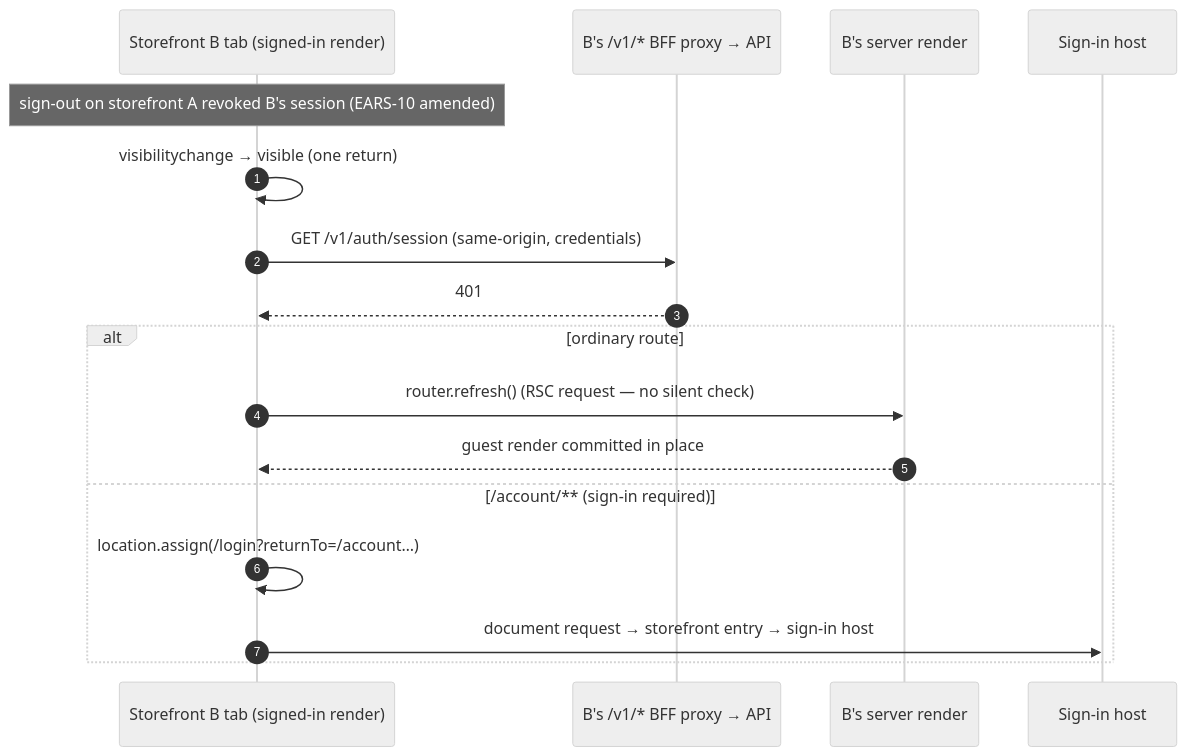
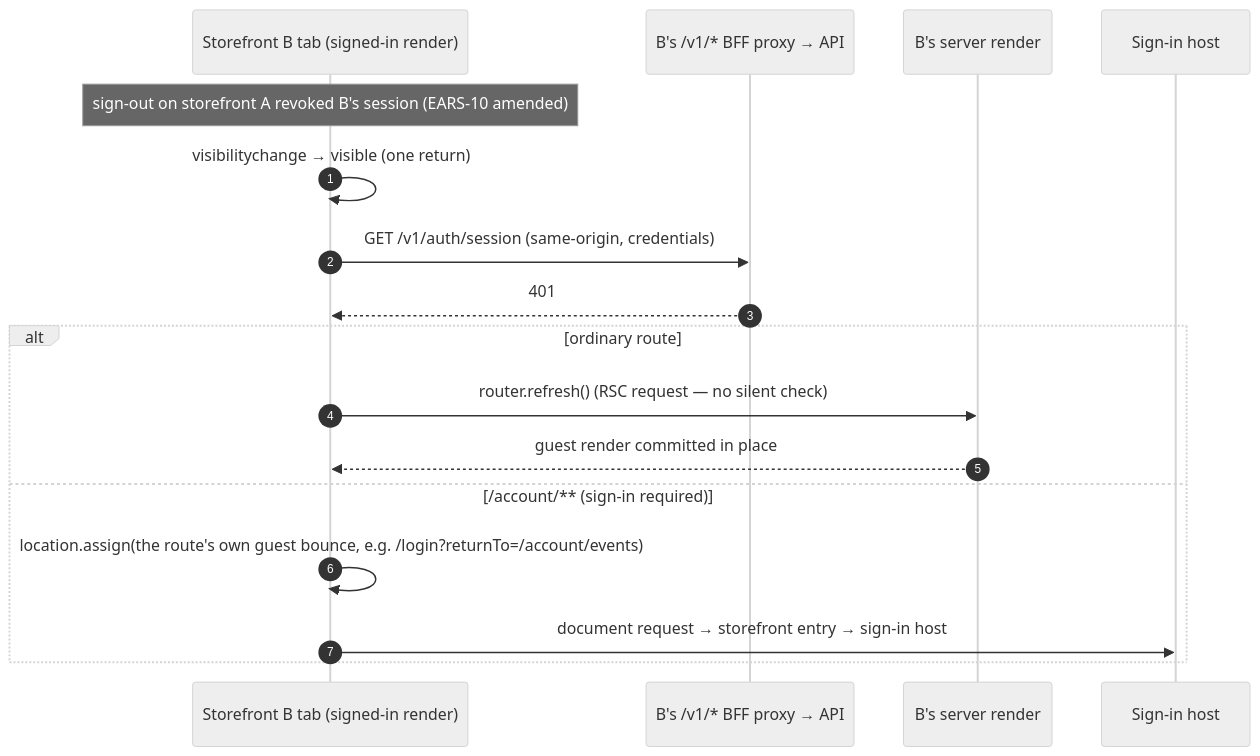
The eighth of 13 diagrams in apps/docs/content/specs/features/003-user-authentication/003-design.md (doctor-school/ds-platform), drawn with Mermaid (neutral theme) before and after one commit. The commit also changed other lines of this file and 5 other files, not shown here.

First line of the commit message:
docs(3748): per-route guest bounce for EARS-73; EARS-74 covers every signed-in link into /account/**

````diff
--- a/apps/docs/content/specs/features/003-user-authentication/003-design.md
+++ b/apps/docs/content/specs/features/003-user-authentication/003-design.md
@@ -406,19 +406,19 @@
 ```mermaid
 sequenceDiagram
   autonumber
   participant B as Storefront B tab (signed-in render)
   participant P as B's /v1/* BFF proxy → API
   participant S as B's server render
   participant H as Sign-in host
   Note over B: sign-out on storefront A revoked B's session (EARS-10 amended)
   B->>B: visibilitychange → visible (one return)
   B->>P: GET /v1/auth/session (same-origin, credentials)
   P-->>B: 401
   alt ordinary route
     B->>S: router.refresh() (RSC request — no silent check)
     S-->>B: guest render committed in place
   else /account/** (sign-in required)
-    B->>B: location.assign(/login?returnTo=/account…)
+    B->>B: location.assign(the route's own guest bounce, e.g. /login?returnTo=/account/events)
     B->>H: document request → storefront entry → sign-in host
   end
 ```
````
